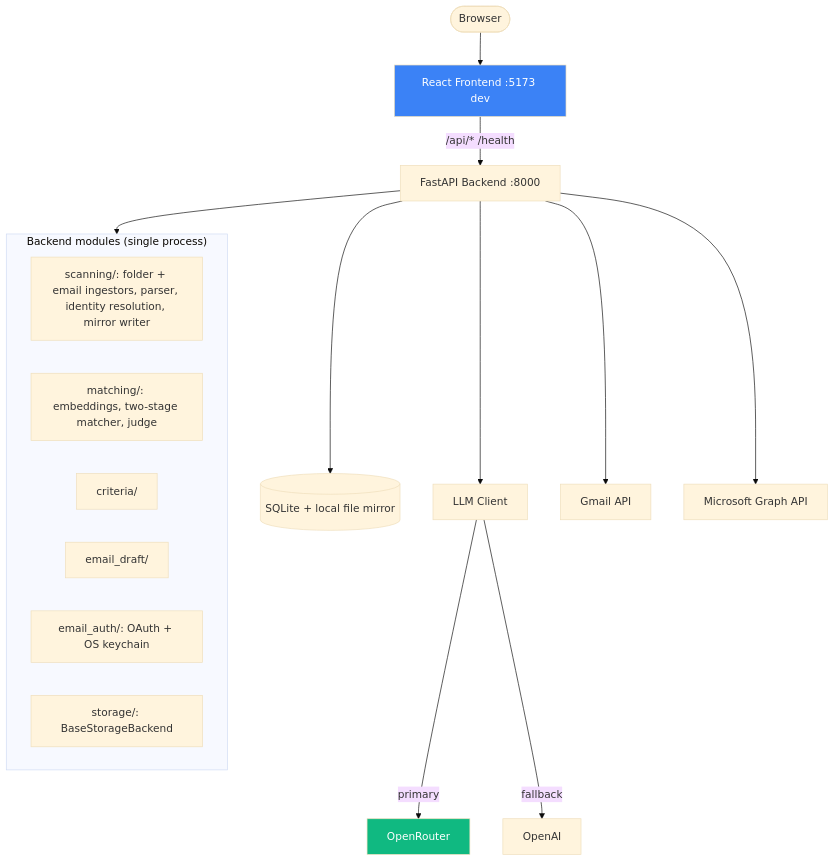
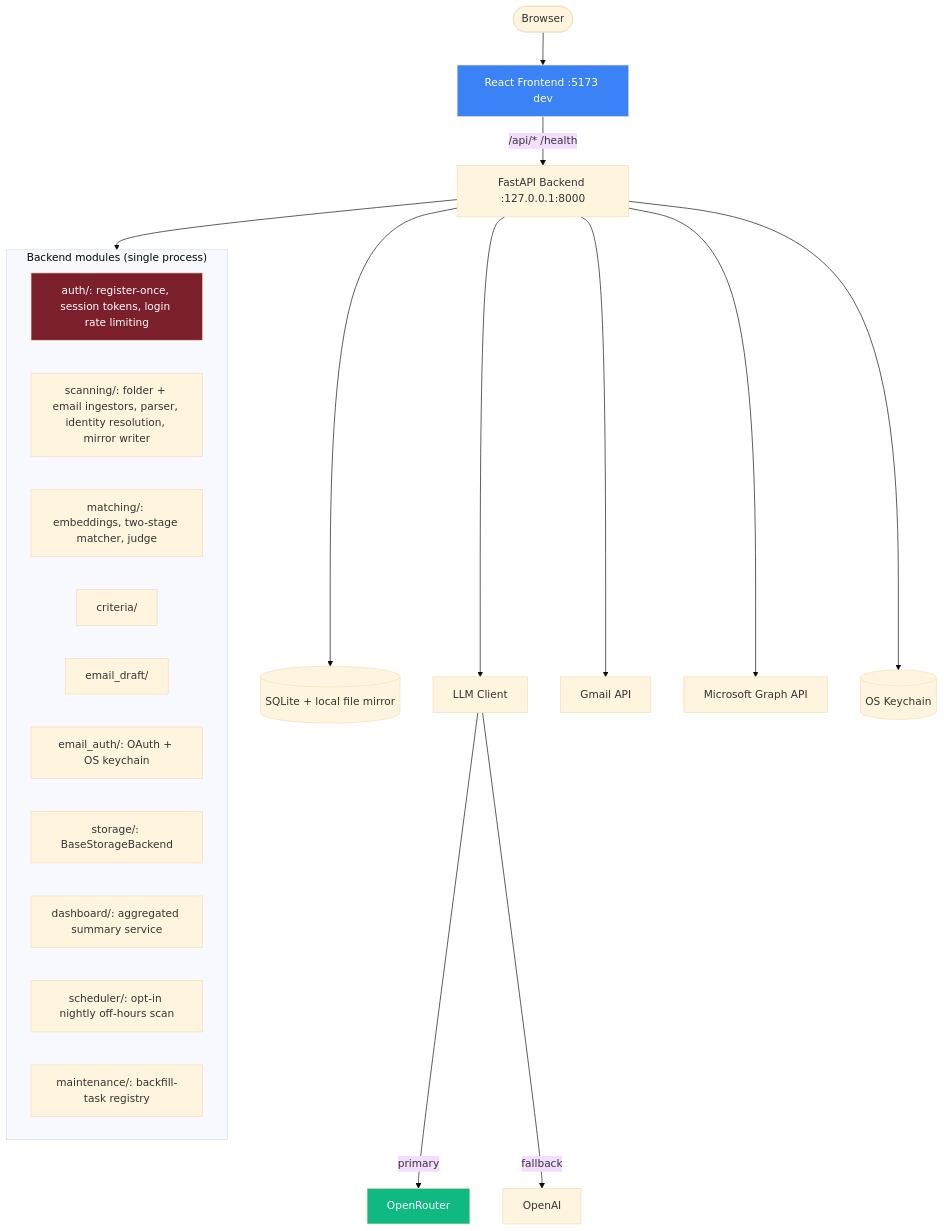
One commit to mrithwik/recruit-assistant changed the diagram in architecture/system-overview.md. Above: the diagram before and after it, drawn with Mermaid (base theme). The commit also changed other lines of this file and 11 other files, not shown here.

First line of the commit message:
Bring architecture docs current with security hardening, pipeline stage, deletion, and consent-gate work

````diff
--- a/architecture/system-overview.md
+++ b/architecture/system-overview.md
@@ -16,27 +21,33 @@
 ```mermaid
 graph TB
     Browser([Browser]) --> Frontend[React Frontend :5173 dev]
-    Frontend -->|"/api/* /health"| Backend[FastAPI Backend :8000]
+    Frontend -->|"/api/* /health"| Backend[FastAPI Backend :127.0.0.1:8000]
 
     Backend --> Storage[(SQLite + local file mirror)]
     Backend --> LLM[LLM Client]
     Backend --> Gmail[Gmail API]
     Backend --> Graph[Microsoft Graph API]
+    Backend --> Keychain[(OS Keychain)]
 
     LLM -->|primary| OpenRouter[OpenRouter]
     LLM -->|fallback| OpenAI[OpenAI]
 
     subgraph backend_modules["Backend modules (single process)"]
+        Auth[auth/: register-once, session tokens, login rate limiting]
         Scanning[scanning/: folder + email ingestors, parser, identity resolution, mirror writer]
         Matching[matching/: embeddings, two-stage matcher, judge]
         Criteria[criteria/]
         EmailDraft[email_draft/]
         EmailAuth[email_auth/: OAuth + OS keychain]
         StorageMod[storage/: BaseStorageBackend]
+        Dashboard[dashboard/: aggregated summary service]
+        Scheduler[scheduler/: opt-in nightly off-hours scan]
+        Maintenance[maintenance/: backfill-task registry]
     end
 
     Backend --> backend_modules
 
     style Frontend fill:#3b82f6,color:#fff
     style OpenRouter fill:#10b981,color:#fff
+    style Auth fill:#7A1F2B,color:#fff
 ```
````
